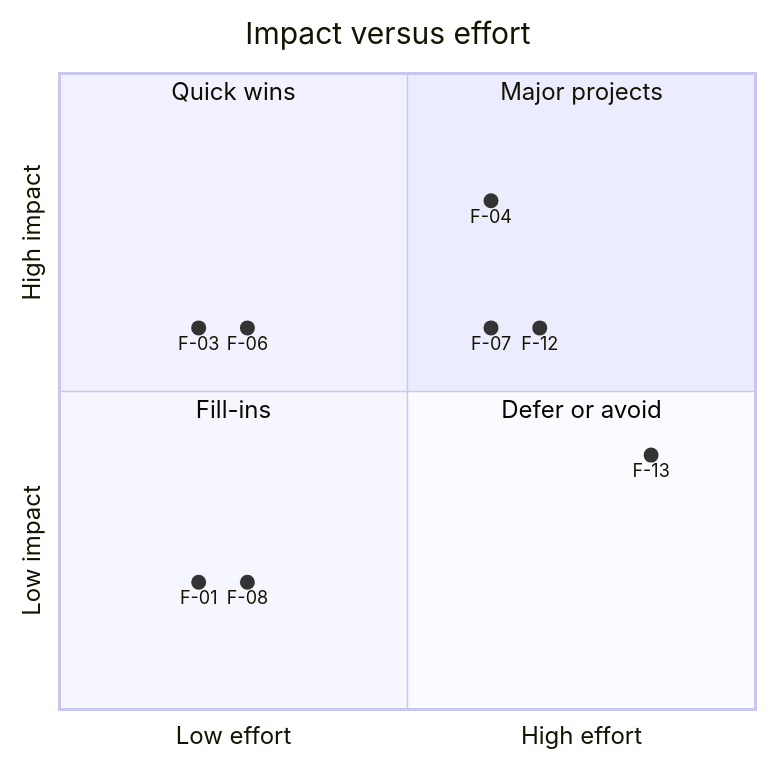
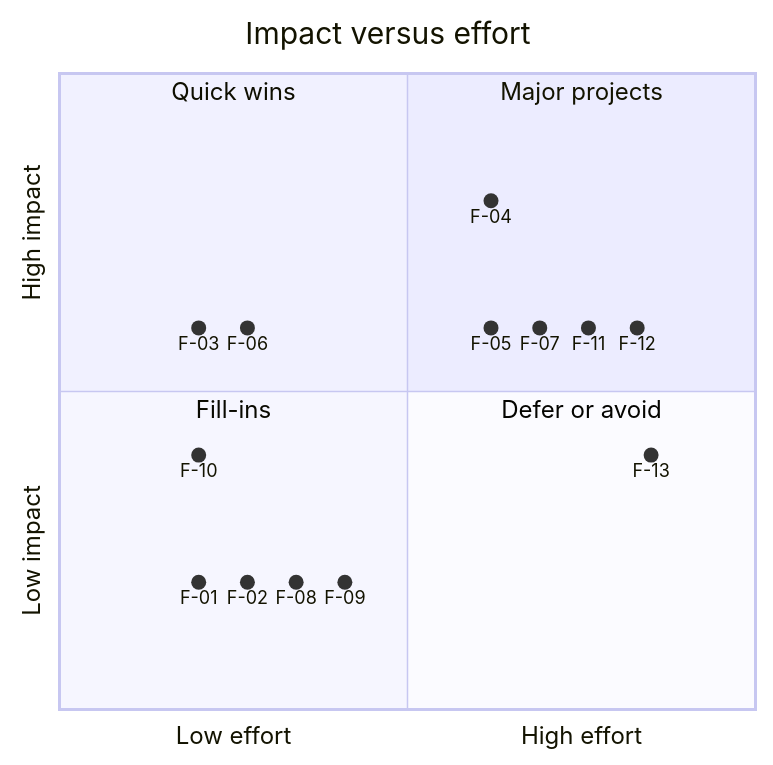
Before and after one commit to muralikalluri/kafka-payments-perf-lab: the second of 2 diagrams in sample-deliverable/AUDIT_REPORT_SAMPLE.md, drawn with Mermaid. The commit also changed other lines of this file and 11 other files, not shown here.

````diff
--- a/sample-deliverable/AUDIT_REPORT_SAMPLE.md
+++ b/sample-deliverable/AUDIT_REPORT_SAMPLE.md
@@ -201,18 +243,23 @@
 ```mermaid
 quadrantChart
     title Impact versus effort
     x-axis Low effort --> High effort
     y-axis Low impact --> High impact
     quadrant-1 Major projects
     quadrant-2 Quick wins
     quadrant-3 Fill-ins
     quadrant-4 Defer or avoid
     F-01: [0.20, 0.20]
+    F-02: [0.27, 0.20]
     F-03: [0.20, 0.60]
     F-04: [0.62, 0.80]
+    F-05: [0.62, 0.60]
     F-06: [0.27, 0.60]
-    F-07: [0.62, 0.60]
-    F-08: [0.27, 0.20]
-    F-12: [0.69, 0.60]
+    F-07: [0.69, 0.60]
+    F-08: [0.34, 0.20]
+    F-09: [0.41, 0.20]
+    F-10: [0.20, 0.40]
+    F-11: [0.76, 0.60]
+    F-12: [0.83, 0.60]
     F-13: [0.85, 0.40]
 ```
````
